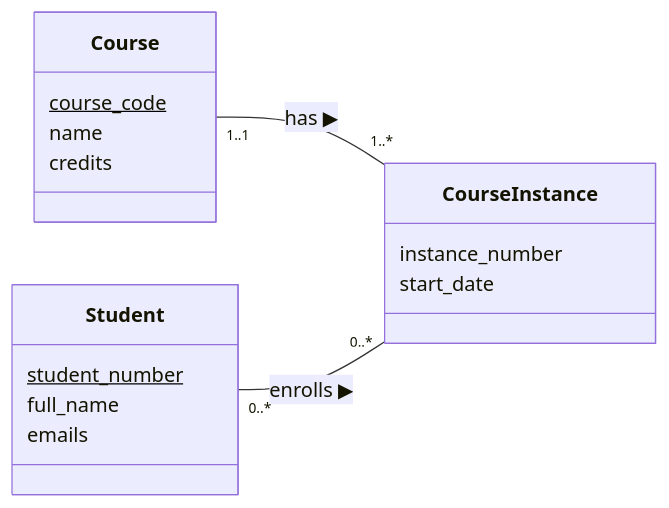
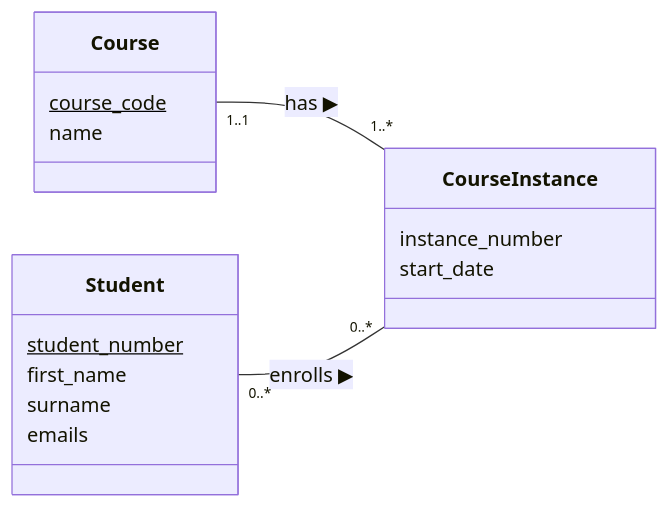
The second of 10 diagrams in slidev/09-logical-database-design.md (Kaltsoon/data-management-and-databases), drawn with Mermaid before and after one commit. The commit also changed other lines of this file and 1 other file, not shown here.

````diff
--- a/slidev/09-logical-database-design.md
+++ b/slidev/09-logical-database-design.md
@@ -129,23 +129,23 @@
 ```mermaid
 classDiagram
     direction LR
     Course "1..1" -- "1..*" CourseInstance : has ▶
     Student "0..*" -- "0..*" CourseInstance: enrolls ▶ 
 
     class Course {
       course_code$
       name
-      credits
     }
 
     class CourseInstance {
       instance_number
       start_date
     }
 
     class Student {
         student_number$
-        full_name
+        first_name
+        surname
         emails
     }
 ```
````
